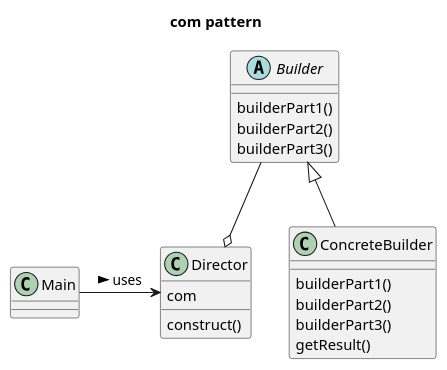
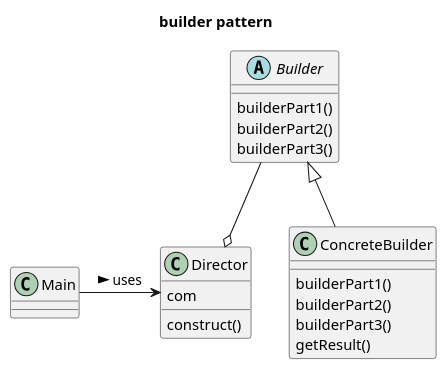
Before and after one commit to huminxicn/design-pattern: the diagram in src/com/builder/builder.puml, drawn with PlantUML. The commit also changed 23 other files, not shown here.

```diff
--- a/src/com/builder/builder.puml
+++ b/src/com/builder/builder.puml
@@ -1,24 +1,24 @@
 @startuml
 
-title com pattern
+title builder pattern
 
 class Director
 abstract class Builder
 class ConcreteBuilder
 class Main
 
 Builder --o Director
 Builder <|-- ConcreteBuilder
 Main -> Director:uses >
 
 Director : com
 Director : construct()
 Builder : builderPart1()
 Builder : builderPart2()
 Builder : builderPart3()
 ConcreteBuilder : builderPart1()
 ConcreteBuilder : builderPart2()
 ConcreteBuilder : builderPart3()
 ConcreteBuilder : getResult()
 
 @enduml
```
